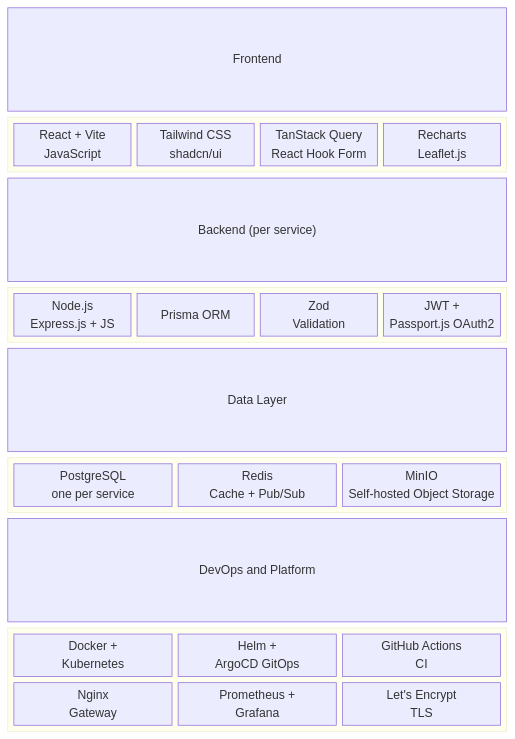
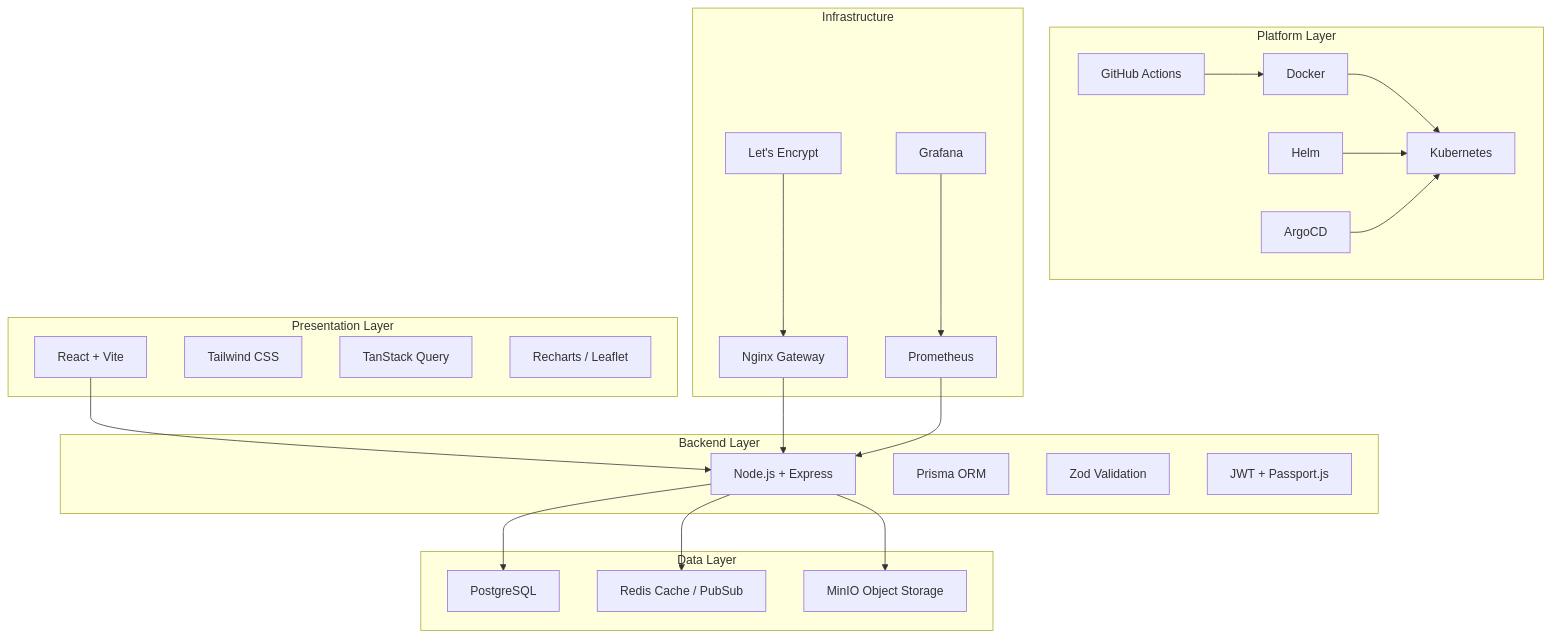
Before and after one commit to Rohit03022006/GharSetu: the sixth of 9 diagrams in Docs/4. HLD (High-Level Design).md, drawn with Mermaid.

Commit message:
Update 4. HLD (High-Level Design).md

````diff
--- a/Docs/4. HLD (High-Level Design).md
+++ b/Docs/4. HLD (High-Level Design).md
@@ -278,45 +278,53 @@
 ```mermaid
-block-beta
-columns 4
+flowchart TB
 
-  FE["Frontend"]:4
+subgraph Presentation Layer
+    React["React + Vite"]
+    Tailwind["Tailwind CSS"]
+    Query["TanStack Query"]
+    Charts["Recharts / Leaflet"]
+end
 
-  block:fe:4
-    columns 4
-    React["React + Vite<br/>JavaScript"]
-    UI["Tailwind CSS<br/>shadcn/ui"]
-    Query["TanStack Query<br/>React Hook Form"]
-    Viz["Recharts<br/>Leaflet.js"]
-  end
+subgraph Backend Layer
+    Node["Node.js + Express"]
+    Prisma["Prisma ORM"]
+    Zod["Zod Validation"]
+    Auth["JWT + Passport.js"]
+end
 
-  BE["Backend (per service)"]:4
+subgraph Data Layer
+    PostgreSQL["PostgreSQL"]
+    Redis["Redis Cache / PubSub"]
+    MinIO["MinIO Object Storage"]
+end
 
-  block:be:4
-    columns 4
-    Node["Node.js<br/>Express.js + JS"]
-    Prisma["Prisma ORM"]
-    ZodB["Zod<br/>Validation"]
-    AuthB["JWT +<br/>Passport.js OAuth2"]
-  end
+subgraph Platform Layer
+    Docker["Docker"]
+    Kubernetes["Kubernetes"]
+    Helm["Helm"]
+    Argo["ArgoCD"]
+    GitHub["GitHub Actions"]
+end
 
-  DT["Data Layer"]:4
+subgraph Infrastructure
+    Nginx["Nginx Gateway"]
+    Prometheus["Prometheus"]
+    Grafana["Grafana"]
+    TLS["Let's Encrypt"]
+end
 
-  block:dt:4
-    columns 3
-    PG["PostgreSQL<br/>one per service"]
-    Redis["Redis<br/>Cache + Pub/Sub"]
-    MINIO["MinIO<br/>Self-hosted Object Storage"]
-  end
+React --> Node
+Node --> PostgreSQL
+Node --> Redis
+Node --> MinIO
 
-  DO["DevOps and Platform"]:4
+Docker --> Kubernetes
+Helm --> Kubernetes
+Argo --> Kubernetes
+GitHub --> Docker
 
-  block:do:4
-    columns 3
-    Docker["Docker +<br/>Kubernetes"]
-    HelmA["Helm +<br/>ArgoCD GitOps"]
-    CI["GitHub Actions<br/>CI"]
-    NginxB["Nginx<br/>Gateway"]
-    Mon["Prometheus +<br/>Grafana"]
-    TLS["Let's Encrypt<br/>TLS"]
-  end
+Nginx --> Node
+Prometheus --> Node
+Grafana --> Prometheus
+TLS --> Nginx
 ```
````
